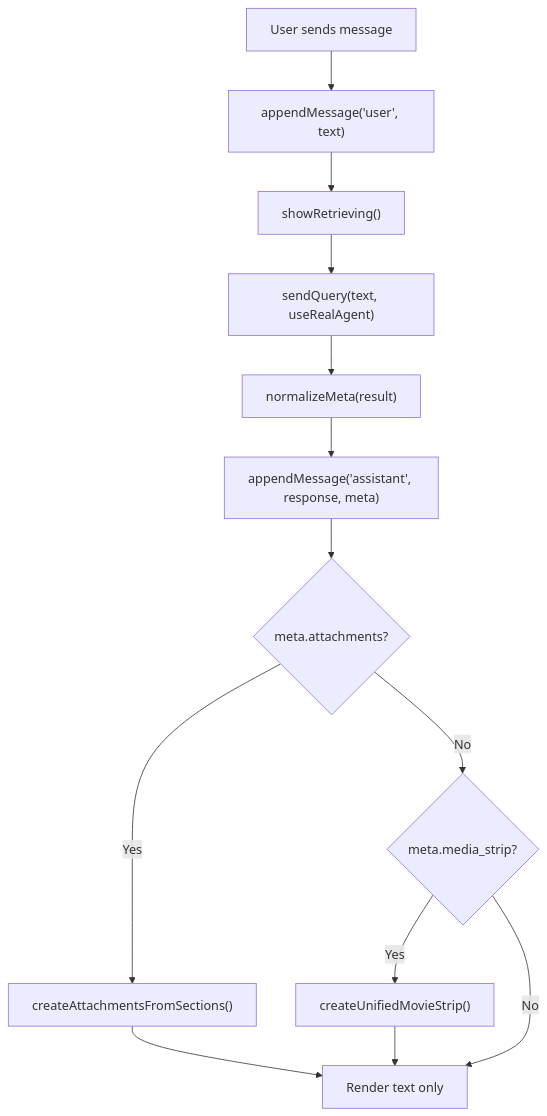
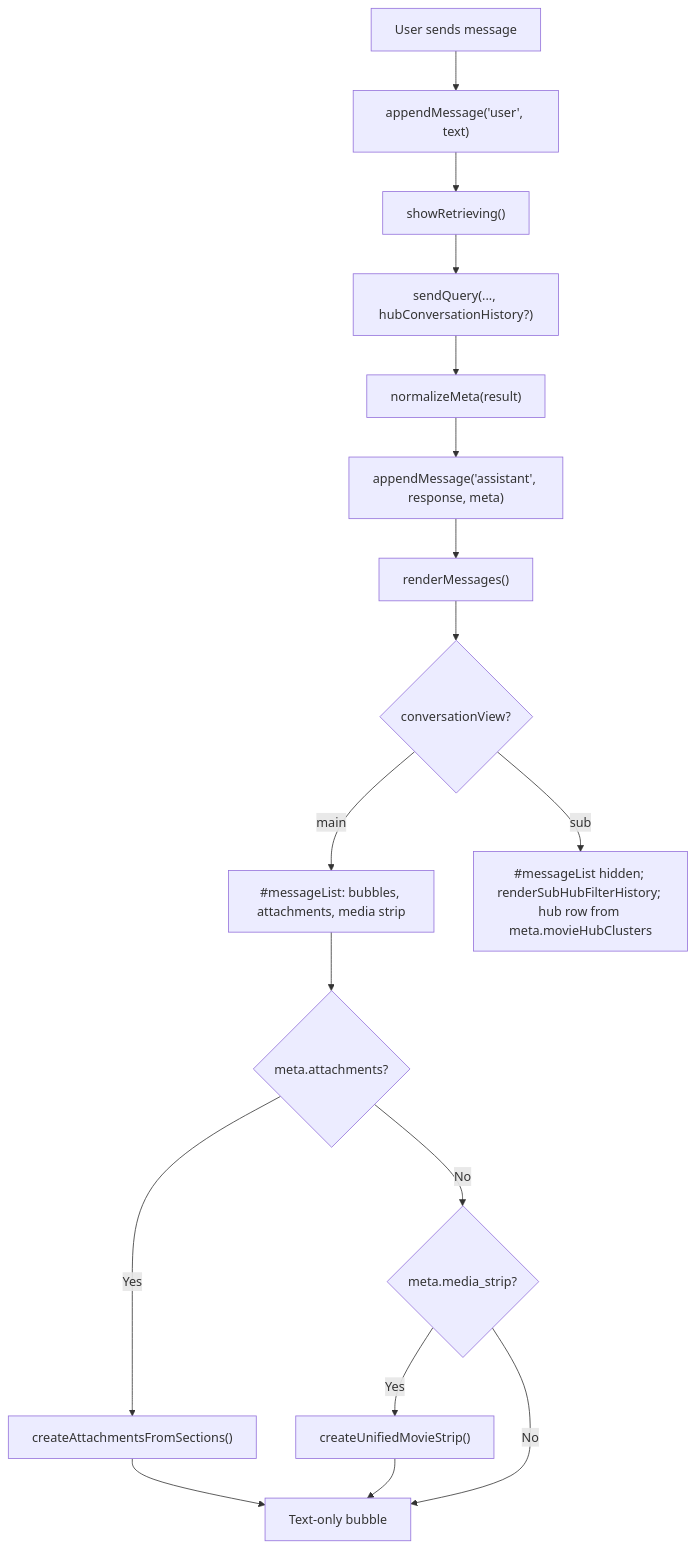
Before and after one commit to mayad123/movieAgent: the seventh of 12 diagrams in docs/features/web/WEB_FRONTEND.md, drawn with Mermaid. The commit also changed other lines of this file and 128 other files, not shown here.

````diff
--- a/docs/features/web/WEB_FRONTEND.md
+++ b/docs/features/web/WEB_FRONTEND.md
@@ -275,18 +335,21 @@
 ```mermaid
 flowchart TD
     SEND["User sends message"]
     SEND --> APPEND_USER["appendMessage('user', text)"]
     APPEND_USER --> SHOW_LOADING["showRetrieving()"]
-    SHOW_LOADING --> API_CALL["sendQuery(text, useRealAgent)"]
+    SHOW_LOADING --> API_CALL["sendQuery(..., hubConversationHistory?)"]
     API_CALL --> NORMALIZE["normalizeMeta(result)"]
     NORMALIZE --> APPEND_ASSIST["appendMessage('assistant', response, meta)"]
+    APPEND_ASSIST --> RENDER["renderMessages()"]
+    RENDER --> BRANCH{"conversationView?"}
+    BRANCH -->|main| MAIN["#messageList: bubbles, attachments, media strip"]
+    BRANCH -->|sub| SUB["#messageList hidden; renderSubHubFilterHistory; hub row from meta.movieHubClusters"]
 
-    APPEND_ASSIST --> CHECK{"meta.attachments?"}
-    CHECK -->|Yes| ATTACHMENTS["createAttachmentsFromSections()"]
-    CHECK -->|No| MEDIA{"meta.media_strip?"}
+    MAIN --> ASSIST{"meta.attachments?"}
+    ASSIST -->|Yes| ATTACHMENTS["createAttachmentsFromSections()"]
+    ASSIST -->|No| MEDIA{"meta.media_strip?"}
     MEDIA -->|Yes| STRIP["createUnifiedMovieStrip()"]
-    MEDIA -->|No| DONE["Render text only"]
-
+    MEDIA -->|No| DONE["Text-only bubble"]
     ATTACHMENTS --> DONE
     STRIP --> DONE
 ```
````
